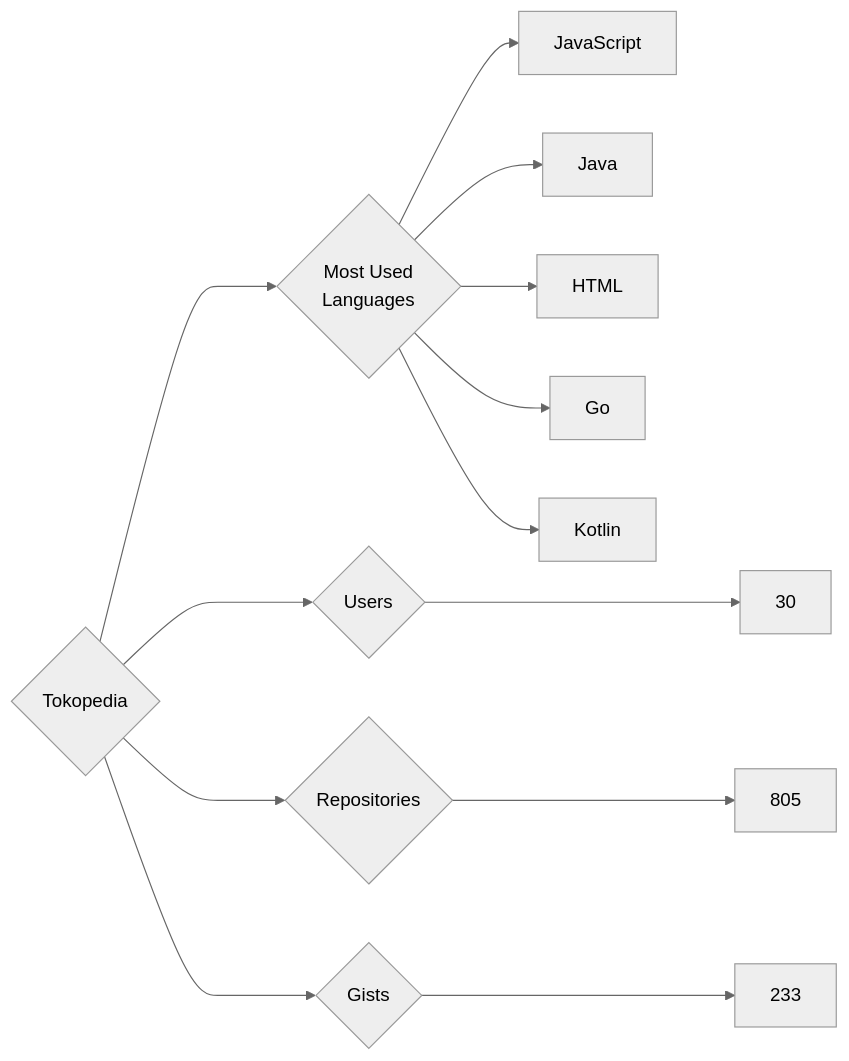
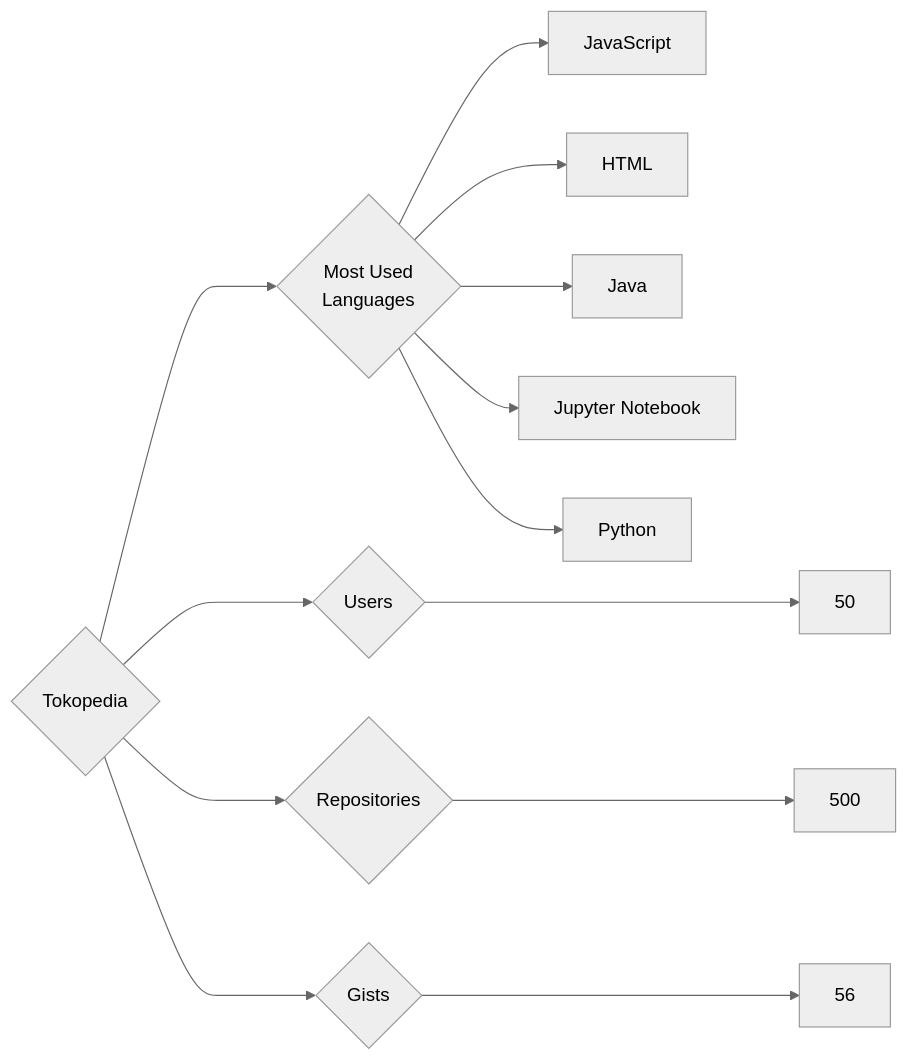
Before and after one commit to trickest/insiders: the diagram in targets/Tokopedia/README.md, drawn with Mermaid (neutral theme). The commit also changed 597 other files, not shown here.

````diff
--- a/targets/Tokopedia/README.md
+++ b/targets/Tokopedia/README.md
@@ -3,13 +3,13 @@
 ```mermaid
 graph LR
 COMPANY_NAME{Tokopedia}
-COMPANY_NAME ---> U{Users} ---> UN[30]
-COMPANY_NAME ---> R{Repositories} ---> RN[805]
-COMPANY_NAME ---> G{Gists} ---> GN[233]
+COMPANY_NAME ---> U{Users} ---> UN[50]
+COMPANY_NAME ---> R{Repositories} ---> RN[500]
+COMPANY_NAME ---> G{Gists} ---> GN[56]
 COMPANY_NAME ---> ML{Most Used<br>Languages}
 ML --> JavaScript[JavaScript]
+ML --> HTML[HTML]
 ML --> Java[Java]
-ML --> HTML[HTML]
-ML --> Go[Go]
-ML --> Kotlin[Kotlin]
+ML --> Jupyter_Notebook[Jupyter Notebook]
+ML --> Python[Python]
 ```
````
